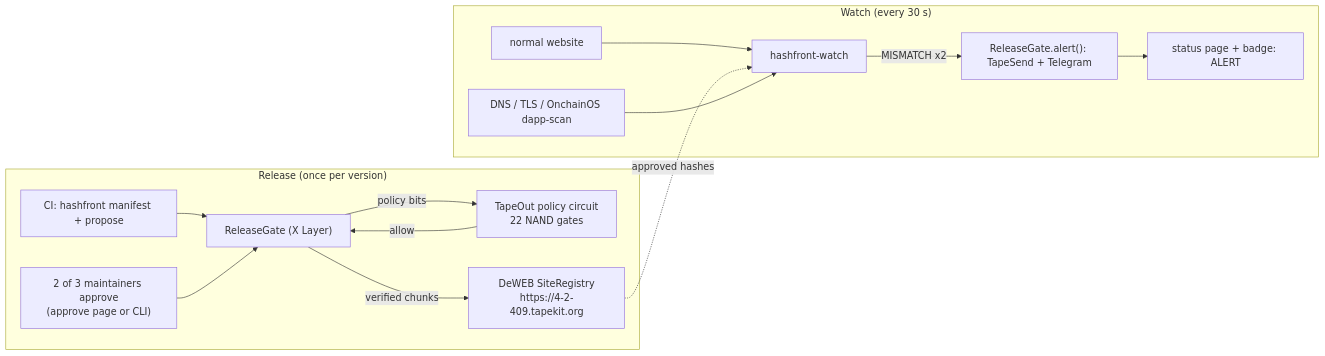
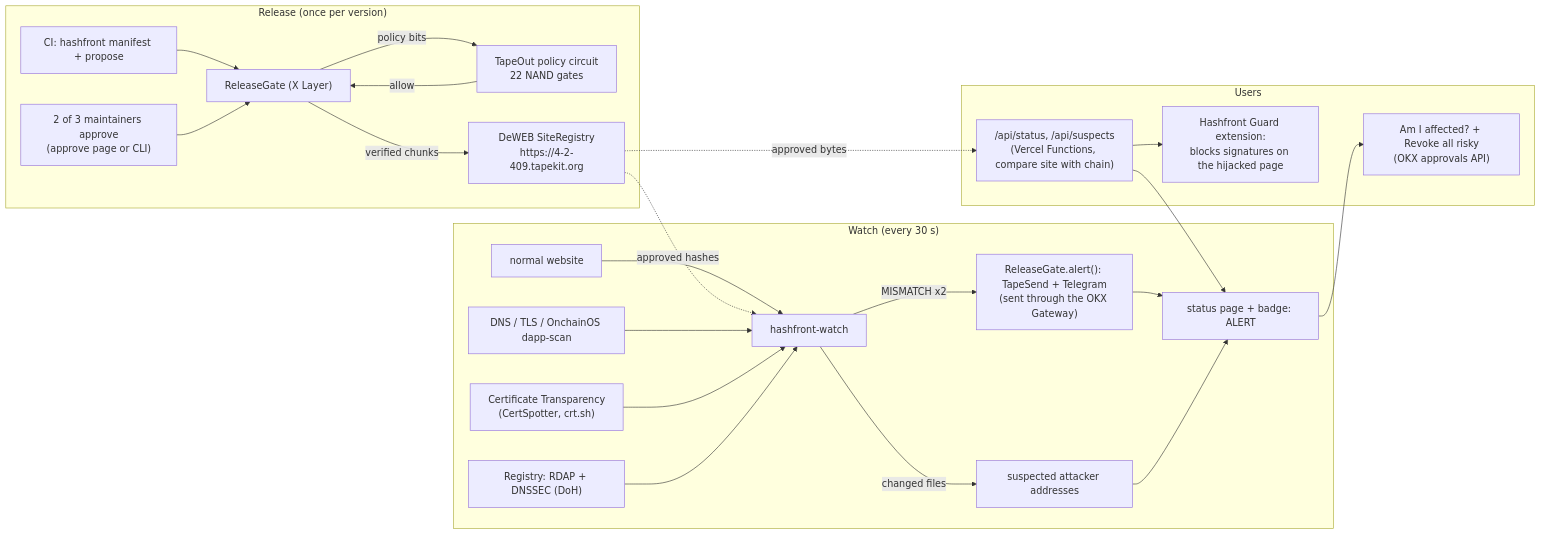
Before and after one commit to syther069/hashfront: the diagram in README.md, drawn with Mermaid. The commit also changed other lines of this file and 2 other files, not shown here.

Commit message:
D2: final README pass (verified sources, architecture diagram, new features, test counts) and AGENTS.md commands

````diff
--- a/README.md
+++ b/README.md
@@ -113,17 +114,28 @@
 ```mermaid
 flowchart LR
   subgraph Release["Release (once per version)"]
     CI["CI: hashfront manifest + propose"] --> Gate
     M["2 of 3 maintainers approve<br/>(approve page or CLI)"] --> Gate
     Gate["ReleaseGate (X Layer)"] -->|"policy bits"| Circuit["TapeOut policy circuit<br/>22 NAND gates"]
     Circuit -->|"allow"| Gate
     Gate -->|"verified chunks"| DeWEB["DeWEB SiteRegistry<br/>https://4-2-409.tapekit.org"]
   end
   subgraph Watch["Watch (every 30 s)"]
     Site["normal website"] --> Watcher["hashfront-watch"]
     DeWEB -.->|"approved hashes"| Watcher
     DNS["DNS / TLS / OnchainOS dapp-scan"] --> Watcher
-    Watcher -->|"MISMATCH x2"| Alert["ReleaseGate.alert(): TapeSend + Telegram"]
+    CT["Certificate Transparency<br/>(CertSpotter, crt.sh)"] --> Watcher
+    RDAP["Registry: RDAP + DNSSEC (DoH)"] --> Watcher
+    Watcher -->|"MISMATCH x2"| Alert["ReleaseGate.alert(): TapeSend + Telegram<br/>(sent through the OKX Gateway)"]
+    Watcher -->|"changed files"| Suspects["suspected attacker addresses"]
     Alert --> Status["status page + badge: ALERT"]
   end
+  subgraph Users["Users"]
+    API["/api/status, /api/suspects<br/>(Vercel Functions, compare site with chain)"]
+    DeWEB -.->|"approved bytes"| API
+    API --> Guard["Hashfront Guard extension:<br/>blocks signatures on the hijacked page"]
+    API --> Status
+    Suspects --> Status
+    Status --> Revoke["Am I affected? + Revoke all risky<br/>(OKX approvals API)"]
+  end
 ```
````
